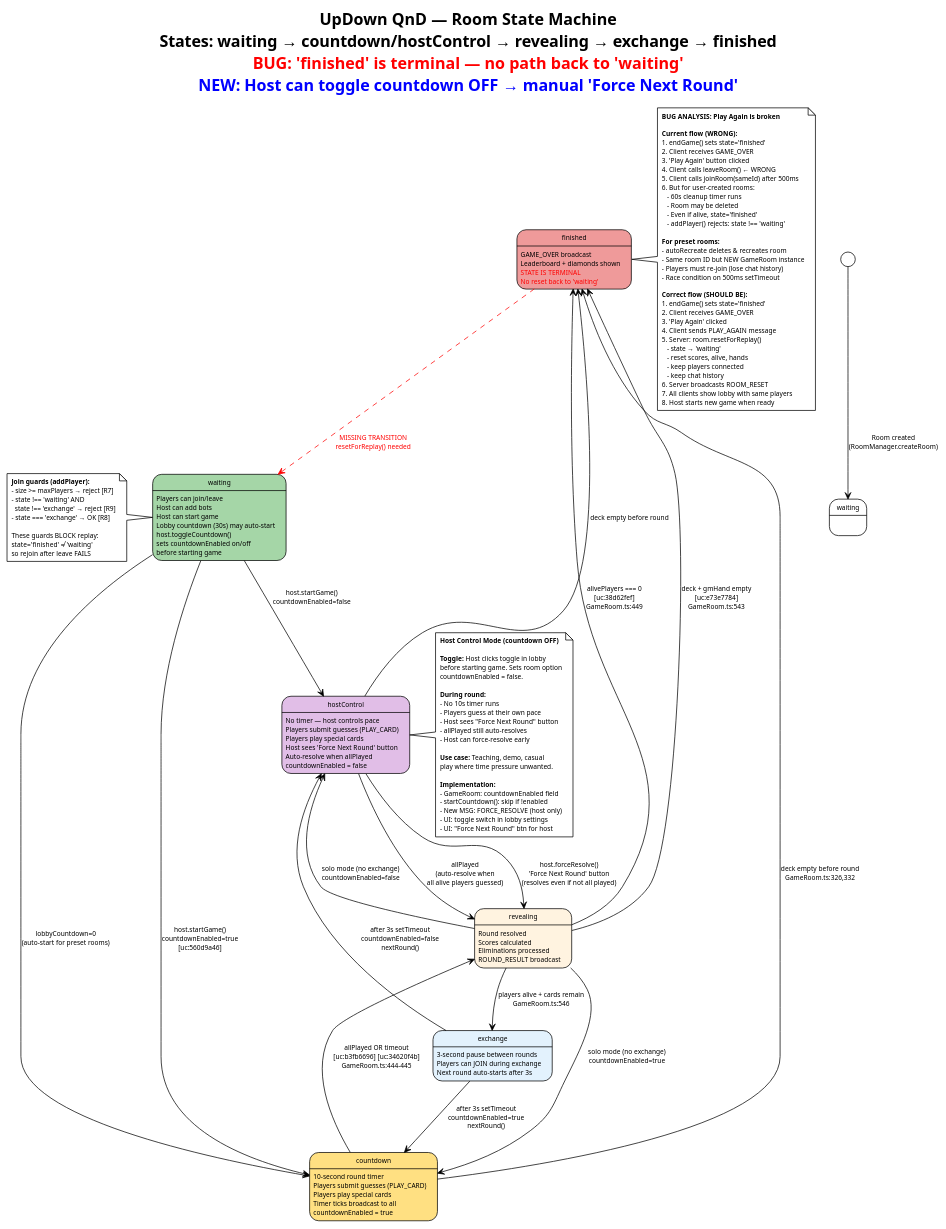
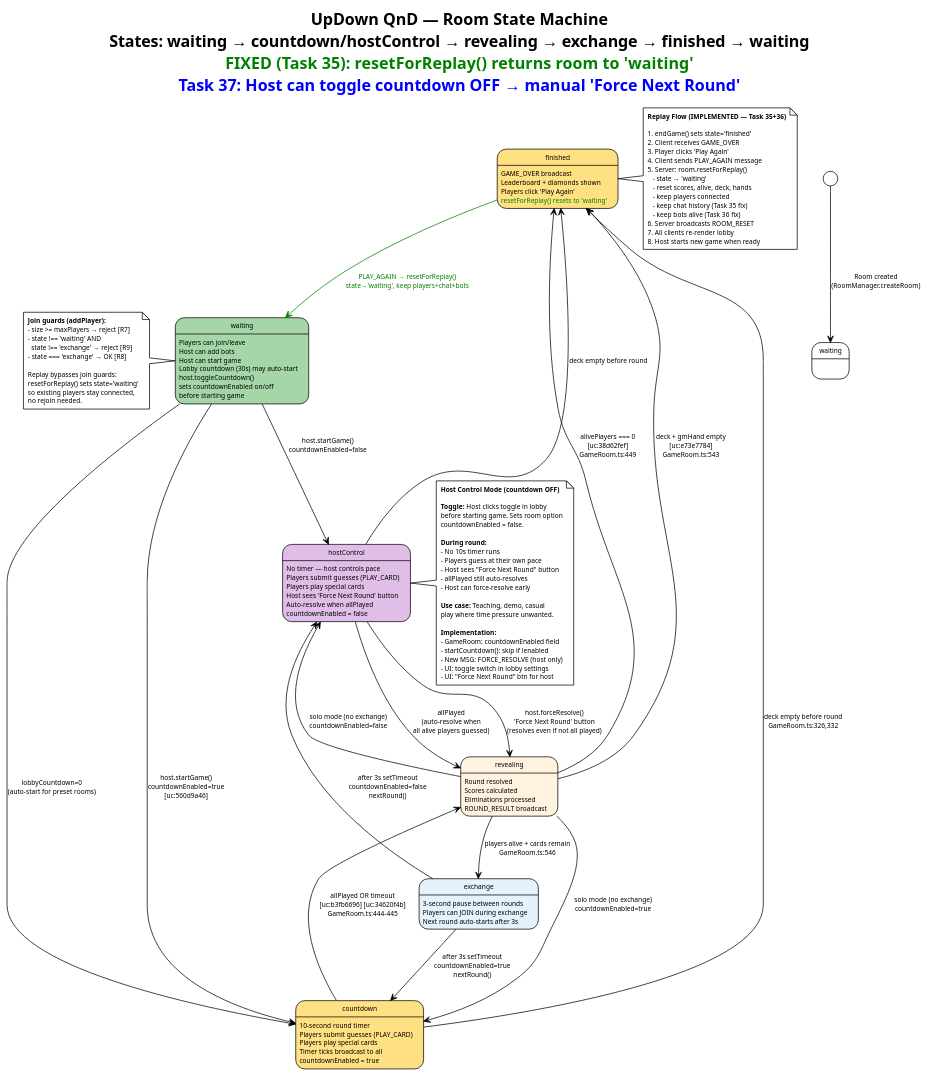
One commit to Cerulean-Circle-GmbH/UpDown changed the diagram in qnd/spec/room-lifecycle-state.puml. Above: the diagram before and after it, drawn with PlantUML. The commit also changed 10 other files, not shown here.

First line of the commit message:
Task 38.11: Lobby header matches in-game — same gradient, same style

```diff
--- a/qnd/spec/room-lifecycle-state.puml
+++ b/qnd/spec/room-lifecycle-state.puml
@@ -1,156 +1,139 @@
 @startuml Room-Lifecycle-State
 !theme plain
 skinparam backgroundColor White
 skinparam defaultFontName "Segoe UI"
 skinparam defaultFontSize 9
 
-title UpDown QnD — Room State Machine\nStates: waiting → countdown/hostControl → revealing → exchange → finished\n<color:red>BUG: 'finished' is terminal — no path back to 'waiting'</color>\n<color:blue>NEW: Host can toggle countdown OFF → manual 'Force Next Round'</color>
+title UpDown QnD — Room State Machine\nStates: waiting → countdown/hostControl → revealing → exchange → finished → waiting\n<color:green>FIXED (Task 35): resetForReplay() returns room to 'waiting'</color>\n<color:blue>Task 37: Host can toggle countdown OFF → manual 'Force Next Round'</color>
 
 [*] --> waiting : Room created\n(RoomManager.createRoom)
 
 state "waiting" as W #A5D6A7 {
   W : Players can join/leave
   W : Host can add bots
   W : Host can start game
   W : Lobby countdown (30s) may auto-start
 }
 
 state "countdown" as CD #FFE082 {
   CD : 10-second round timer
   CD : Players submit guesses (PLAY_CARD)
   CD : Players play special cards
   CD : Timer ticks broadcast to all
   CD : countdownEnabled = true
 }
 
 state "hostControl" as HC #E1BEE7 {
   HC : No timer — host controls pace
   HC : Players submit guesses (PLAY_CARD)
   HC : Players play special cards
   HC : Host sees 'Force Next Round' button
   HC : Auto-resolve when allPlayed
   HC : countdownEnabled = false
 }
 
 state "revealing" as RV #FFF3E0 {
   RV : Round resolved
   RV : Scores calculated
   RV : Eliminations processed
   RV : ROUND_RESULT broadcast
 }
 
 state "exchange" as EX #E3F2FD {
   EX : 3-second pause between rounds
   EX : Players can JOIN during exchange
   EX : Next round auto-starts after 3s
 }
 
-state "finished" as FIN #EF9A9A {
+state "finished" as FIN #FFE082 {
   FIN : GAME_OVER broadcast
   FIN : Leaderboard + diamonds shown
-  FIN : <color:red>STATE IS TERMINAL</color>
-  FIN : <color:red>No reset back to 'waiting'</color>
+  FIN : Players click 'Play Again'
+  FIN : <color:green>resetForReplay() resets to 'waiting'</color>
 }
 
 W --> CD : host.startGame()\ncountdownEnabled=true\n[uc:560d9a46]
 W --> HC : host.startGame()\ncountdownEnabled=false
 W --> CD : lobbyCountdown=0\n(auto-start for preset rooms)
 
 W : host.toggleCountdown()\nsets countdownEnabled on/off\nbefore starting game
 
 CD --> RV : allPlayed OR timeout\n[uc:b3fb6696] [uc:34620f4b]\nGameRoom.ts:444-445
 CD --> FIN : deck empty before round\nGameRoom.ts:326,332
 
 HC --> RV : allPlayed\n(auto-resolve when\nall alive players guessed)
 HC --> RV : host.forceResolve()\n'Force Next Round' button\n(resolves even if not all played)
 HC --> FIN : deck empty before round
 
 RV --> FIN : alivePlayers === 0\n[uc:38d62fef]\nGameRoom.ts:449
 RV --> FIN : deck + gmHand empty\n[uc:e73e7784]\nGameRoom.ts:543
 RV --> EX : players alive + cards remain\nGameRoom.ts:546
 RV --> CD : solo mode (no exchange)\ncountdownEnabled=true
 RV --> HC : solo mode (no exchange)\ncountdownEnabled=false
 
 EX --> CD : after 3s setTimeout\ncountdownEnabled=true\nnextRound()
 EX --> HC : after 3s setTimeout\ncountdownEnabled=false\nnextRound()
 
 ' ═══════════════════════════════════════════════════════════════
-' THE BUG: No transition from finished → waiting
+' REPLAY: finished → waiting (IMPLEMENTED Task 35)
 ' ═══════════════════════════════════════════════════════════════
 
-FIN -[#red,dashed]-> W : <color:red>MISSING TRANSITION</color>\n<color:red>resetForReplay() needed</color>
+FIN -[#green]-> W : <color:green>PLAY_AGAIN → resetForReplay()</color>\n<color:green>state→'waiting', keep players+chat+bots</color>
 
 note right of FIN
-  **BUG ANALYSIS: Play Again is broken**
+  **Replay Flow (IMPLEMENTED — Task 35+36)**
 
-  **Current flow (WRONG):**
   1. endGame() sets state='finished'
   2. Client receives GAME_OVER
-  3. 'Play Again' button clicked
-  4. Client calls leaveRoom() ← WRONG
-  5. Client calls joinRoom(sameId) after 500ms
-  6. But for user-created rooms:
-     - 60s cleanup timer runs
-     - Room may be deleted
-     - Even if alive, state='finished'
-     - addPlayer() rejects: state !== 'waiting'
-
-  **For preset rooms:**
-  - autoRecreate deletes & recreates room
-  - Same room ID but NEW GameRoom instance
-  - Players must re-join (lose chat history)
-  - Race condition on 500ms setTimeout
-
-  **Correct flow (SHOULD BE):**
-  1. endGame() sets state='finished'
-  2. Client receives GAME_OVER
-  3. 'Play Again' clicked
+  3. Player clicks 'Play Again'
   4. Client sends PLAY_AGAIN message
   5. Server: room.resetForReplay()
      - state → 'waiting'
-     - reset scores, alive, hands
+     - reset scores, alive, deck, hands
      - keep players connected
-     - keep chat history
+     - keep chat history (Task 35 fix)
+     - keep bots alive (Task 36 fix)
   6. Server broadcasts ROOM_RESET
-  7. All clients show lobby with same players
+  7. All clients re-render lobby
   8. Host starts new game when ready
 end note
 
 note right of HC
   **Host Control Mode (countdown OFF)**
 
   **Toggle:** Host clicks toggle in lobby
   before starting game. Sets room option
   countdownEnabled = false.
 
   **During round:**
   - No 10s timer runs
   - Players guess at their own pace
   - Host sees "Force Next Round" button
   - allPlayed still auto-resolves
   - Host can force-resolve early
 
   **Use case:** Teaching, demo, casual
   play where time pressure unwanted.
 
   **Implementation:**
   - GameRoom: countdownEnabled field
   - startCountdown(): skip if !enabled
   - New MSG: FORCE_RESOLVE (host only)
   - UI: toggle switch in lobby settings
   - UI: "Force Next Round" btn for host
 end note
 
 note left of W
   **Join guards (addPlayer):**
   - size >= maxPlayers → reject [R7]
   - state !== 'waiting' AND
     state !== 'exchange' → reject [R9]
   - state === 'exchange' → OK [R8]
 
-  These guards BLOCK replay:
-  state='finished' ≠ 'waiting'
-  so rejoin after leave FAILS
+  Replay bypasses join guards:
+  resetForReplay() sets state='waiting'
+  so existing players stay connected,
+  no rejoin needed.
 end note
 
 @enduml
```
